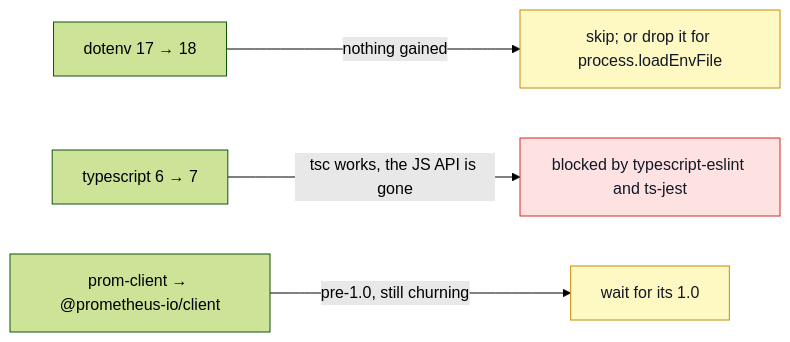
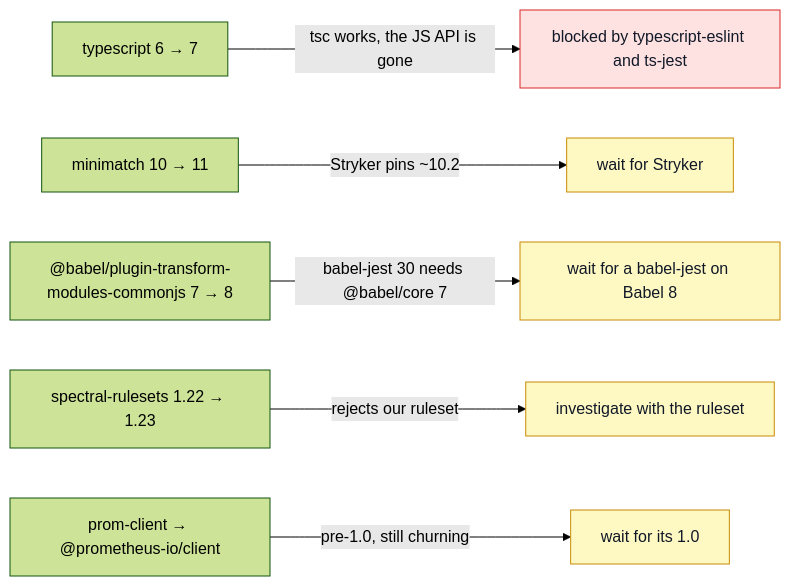
One commit to Guebbit/boilerplate-node-backend changed the diagram in docs/build/pending-major-upgrades.md. Above: the diagram before and after it, drawn with Mermaid (forest theme). The commit also changed other lines of this file and 15 other files, not shown here.

````diff
--- a/docs/build/pending-major-upgrades.md
+++ b/docs/build/pending-major-upgrades.md
@@ -14,12 +12,13 @@
 ```mermaid
 flowchart LR
-    DE["dotenv 17 → 18"] -->|"nothing gained"| DEW["skip; or drop it for process.loadEnvFile"]
     TS["typescript 6 → 7"] -->|"tsc works, the JS API is gone"| TSW["blocked by typescript-eslint and ts-jest"]
-
+    MM["minimatch 10 → 11"] -->|"Stryker pins ~10.2"| MMW["wait for Stryker"]
+    BB["@babel/plugin-transform-modules-commonjs 7 → 8"] -->|"babel-jest 30 needs @babel/core 7"| BBW["wait for a babel-jest on Babel 8"]
+    SR["spectral-rulesets 1.22 → 1.23"] -->|"rejects our ruleset"| SRW["investigate with the ruleset"]
     PC["prom-client → @prometheus-io/client"] -->|"pre-1.0, still churning"| PCW["wait for its 1.0"]
 
     classDef skip fill:#fef9c3,stroke:#ca8a04,color:#111827;
     classDef block fill:#fee2e2,stroke:#dc2626,color:#111827;
-    class DEW,PCW skip;
+    class MMW,BBW,SRW,PCW skip;
     class TSW block;
 ```
````
